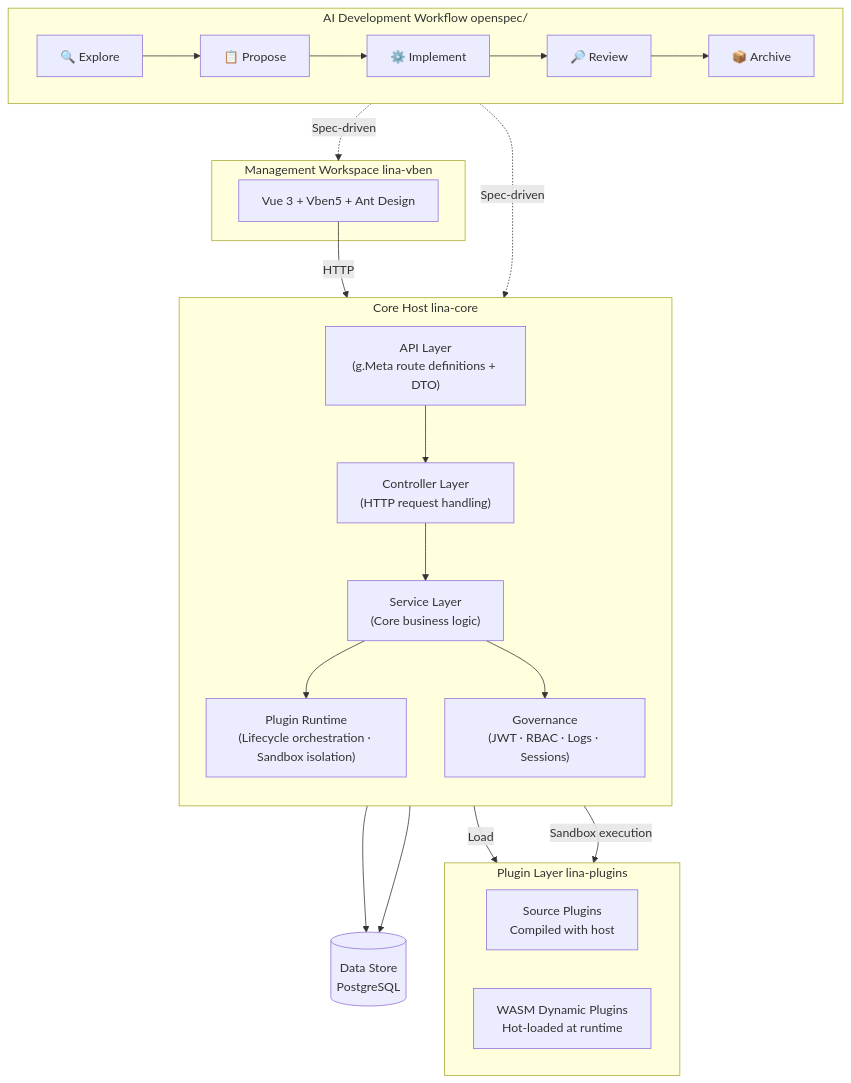
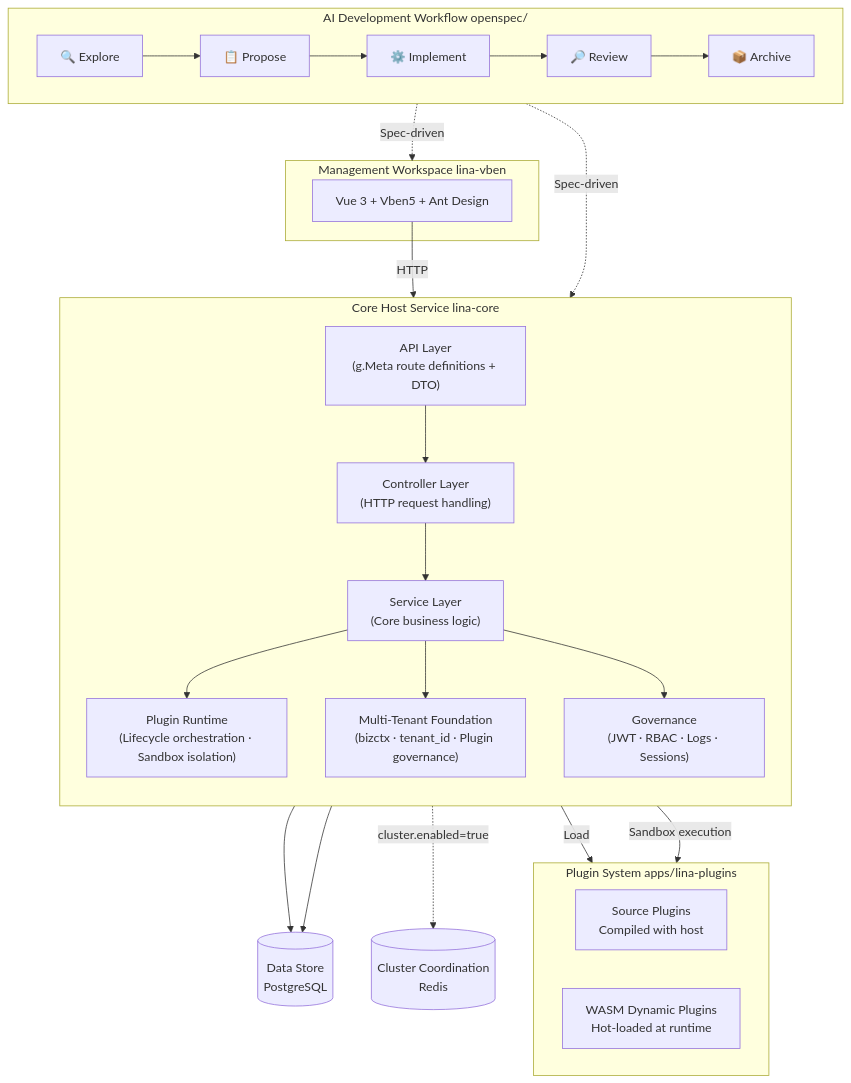
Before and after one commit to linaproai/linapro-site: the first of 4 diagrams in apps/lina-site/i18n/en/docusaurus-plugin-content-docs/current/docs/2000-architecture/2000-architecture.md, drawn with Mermaid. The commit also changed other lines of this file and 6 other files, not shown here.

First line of the commit message:
docs(lina-site): rewrite architecture docs and sync EN translations

````diff
--- a/apps/lina-site/i18n/en/docusaurus-plugin-content-docs/current/docs/2000-architecture/2000-architecture.md
+++ b/apps/lina-site/i18n/en/docusaurus-plugin-content-docs/current/docs/2000-architecture/2000-architecture.md
@@ -32,39 +35,43 @@
 ```mermaid
 graph TB
     subgraph Workflow["AI Development Workflow  openspec/"]
         direction LR
         Explore["🔍 Explore"] --> Propose["📋 Propose"] --> Implement["⚙️ Implement"] --> Review["🔎 Review"] --> Archive["📦 Archive"]
     end
 
     subgraph Frontend["Management Workspace  lina-vben"]
         UI["Vue 3 + Vben5 + Ant Design"]
     end
 
-    subgraph Host["Core Host  lina-core"]
+    subgraph Host["Core Host Service  lina-core"]
         direction TB
         API["API Layer\n(g.Meta route definitions + DTO)"]
         Ctrl["Controller Layer\n(HTTP request handling)"]
         Svc["Service Layer\n(Core business logic)"]
         Plugin["Plugin Runtime\n(Lifecycle orchestration · Sandbox isolation)"]
+        Tenant["Multi-Tenant Foundation\n(bizctx · tenant_id · Plugin governance)"]
         Gov["Governance\n(JWT · RBAC · Logs · Sessions)"]
         API --> Ctrl --> Svc
         Svc --> Plugin
+        Svc --> Tenant
         Svc --> Gov
     end
 
-    subgraph Plugins["Plugin Layer  lina-plugins"]
+    subgraph Plugins["Plugin System  apps/lina-plugins"]
         direction LR
         Source["Source Plugins\nCompiled with host"]
         Dynamic["WASM Dynamic Plugins\nHot-loaded at runtime"]
     end
 
     DB[("Data Store\nPostgreSQL")]
+    Redis[("Cluster Coordination\nRedis")]
 
     Workflow -.->|Spec-driven| Frontend
     Workflow -.->|Spec-driven| Host
     UI -->|HTTP| API
     Plugin -->|Load| Source
     Plugin -->|Sandbox execution| Dynamic
     Svc --> DB
     Gov --> DB
+    Svc -.->|cluster.enabled=true| Redis
 ```
````
